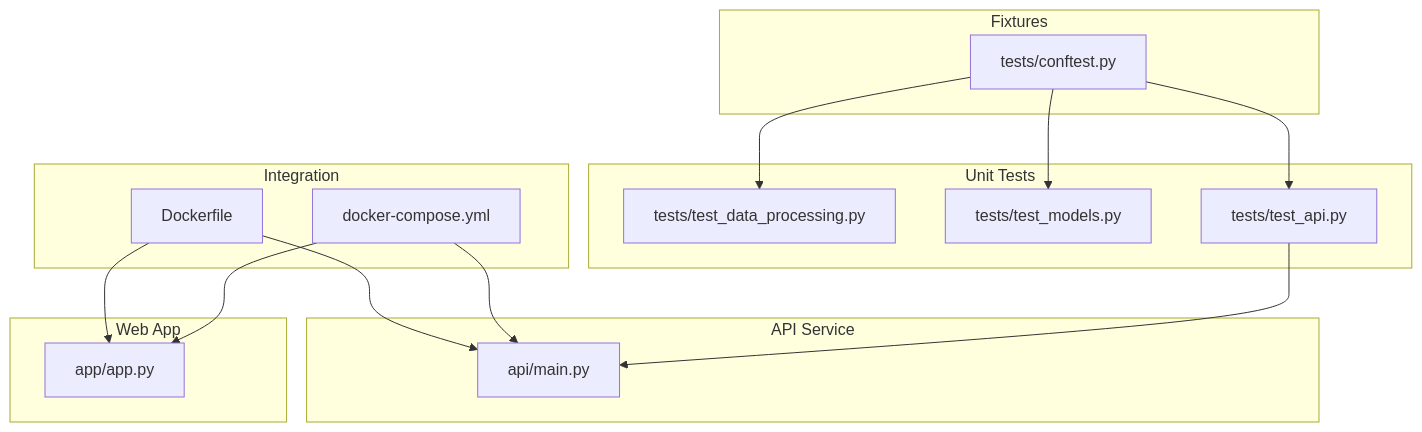
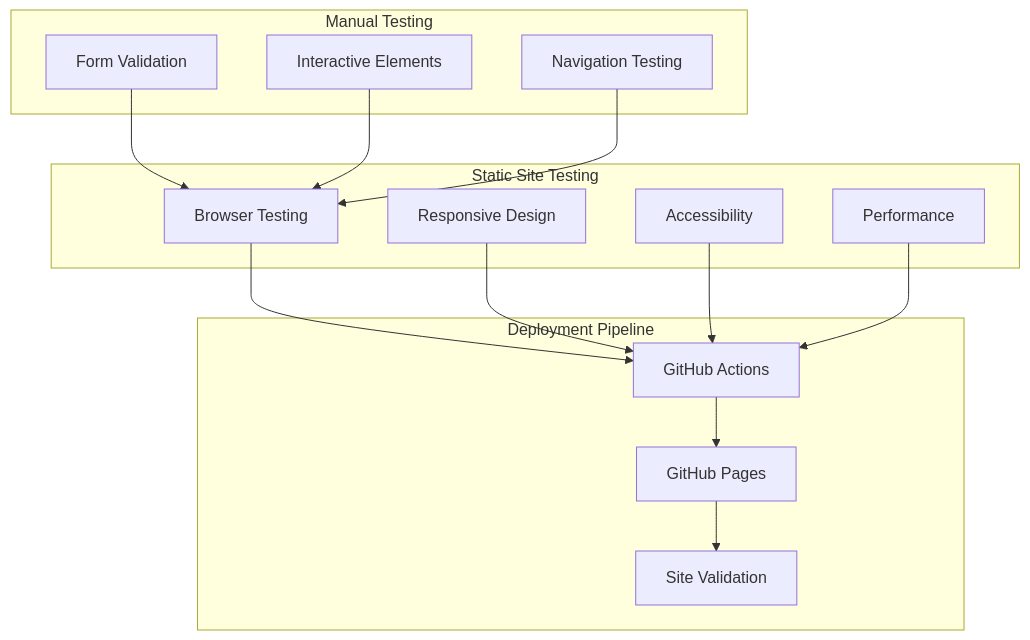
The second of 3 diagrams in .qoder/repowiki/en/content/Testing Strategy.md (tashkirrr/housing-price-prediction), drawn with Mermaid before and after one commit. The commit also changed other lines of this file and 9 other files, not shown here.

First line of the commit message:
refactor(docs): restructure docs for static website deployment

````diff
--- a/.qoder/repowiki/en/content/Testing Strategy.md
+++ b/.qoder/repowiki/en/content/Testing Strategy.md
@@ -119,29 +119,28 @@
 ```mermaid
 graph TB
-subgraph "Unit Tests"
-U1["tests/test_data_processing.py"]
-U2["tests/test_models.py"]
-U3["tests/test_api.py"]
+subgraph "Static Site Testing"
+BROWSER["Browser Testing"]
+RESPONSIVE["Responsive Design"]
+ACCESSIBILITY["Accessibility"]
+PERFORMANCE["Performance"]
 end
-subgraph "Fixtures"
-F1["tests/conftest.py"]
+subgraph "Deployment Pipeline"
+GITHUB["GitHub Actions"]
+DEPLOY["GitHub Pages"]
+VALIDATE["Site Validation"]
 end
-subgraph "API Service"
-S1["api/main.py"]
+subgraph "Manual Testing"
+FORMS["Form Validation"]
+INTERACTION["Interactive Elements"]
+NAVIGATION["Navigation Testing"]
 end
-subgraph "Web App"
-W1["app/app.py"]
-end
-subgraph "Integration"
-D1["Dockerfile"]
-D2["docker-compose.yml"]
-end
-F1 --> U1
-F1 --> U2
-F1 --> U3
-U3 --> S1
-D2 --> S1
-D2 --> W1
-D1 --> S1
-D1 --> W1
+BROWSER --> GITHUB
+RESPONSIVE --> GITHUB
+ACCESSIBILITY --> GITHUB
+PERFORMANCE --> GITHUB
+FORMS --> BROWSER
+INTERACTION --> BROWSER
+NAVIGATION --> BROWSER
+GITHUB --> DEPLOY
+DEPLOY --> VALIDATE
 ```
````
